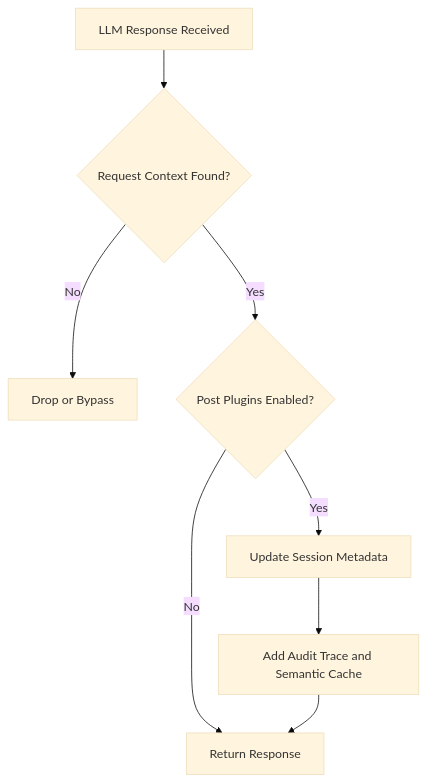
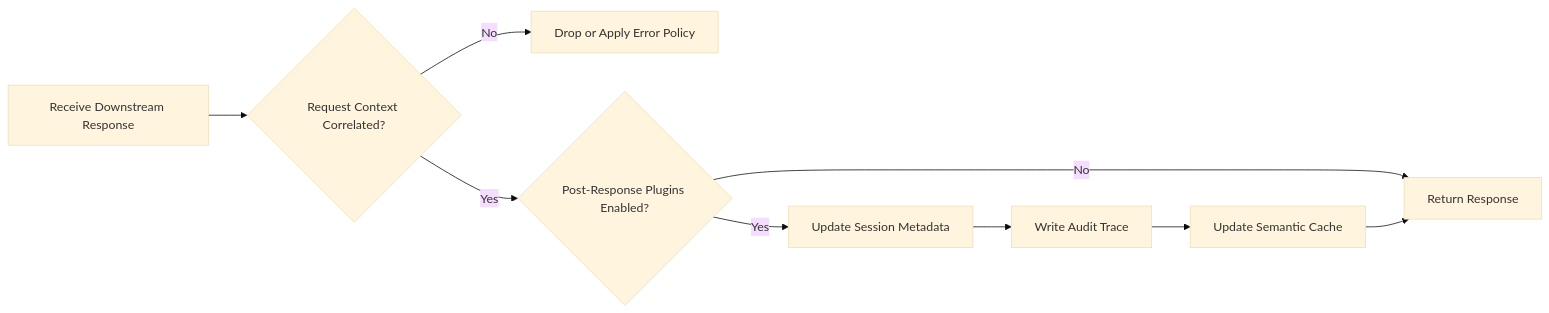
One commit to puyanguvic/semenatic_routing_and_load_balance changed the second of 4 diagrams in ase_semantic_router.md. Above: the diagram before and after it, drawn with Mermaid (base theme). The commit also changed other lines of this file, not shown here.

````diff
--- a/ase_semantic_router.md
+++ b/ase_semantic_router.md
@@ -66,13 +67,12 @@
 ```mermaid
-flowchart TD
-    A[LLM Response Received] --> B{Request Context Found?}
+flowchart LR
+    A[Receive Downstream Response] --> B{Request Context Correlated?}
+    B -- No --> X[Drop or Apply Error Policy]
 
-    B -- No --> DROP[Drop or Bypass]
-
-    B -- Yes --> C{Post Plugins Enabled?}
-    C -- No --> F[Return Response]
-
-    C -- Yes --> D[Update Session Metadata]
-    D --> E[Add Audit Trace and Semantic Cache]
-    E --> F[Return Response]
+    B -- Yes --> P{Post-Response Plugins Enabled?}
+    P -- No --> R[Return Response]
+    P -- Yes --> S[Update Session Metadata]
+    S --> T[Write Audit Trace]
+    T --> C[Update Semantic Cache]
+    C --> R[Return Response]
 ```
````
